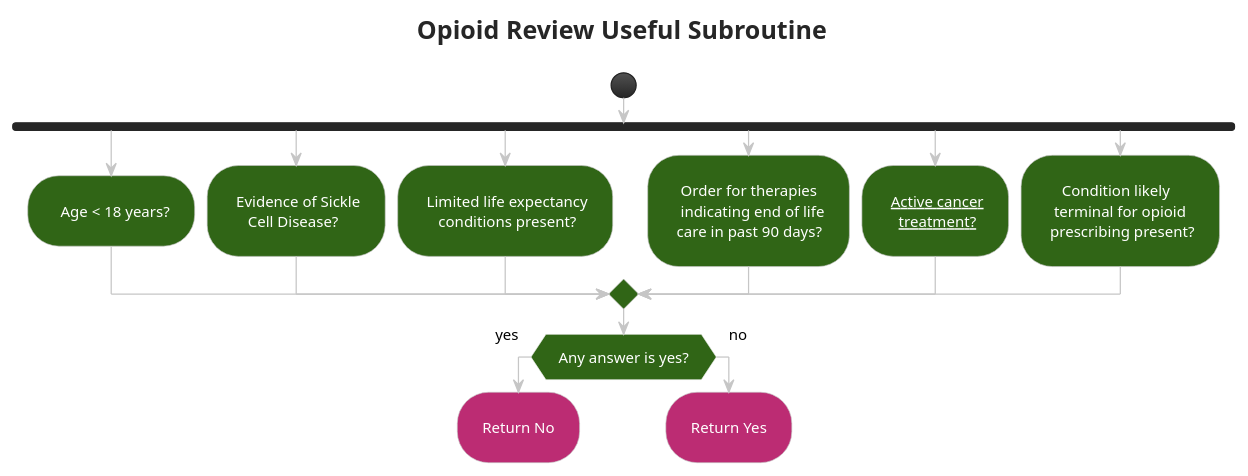
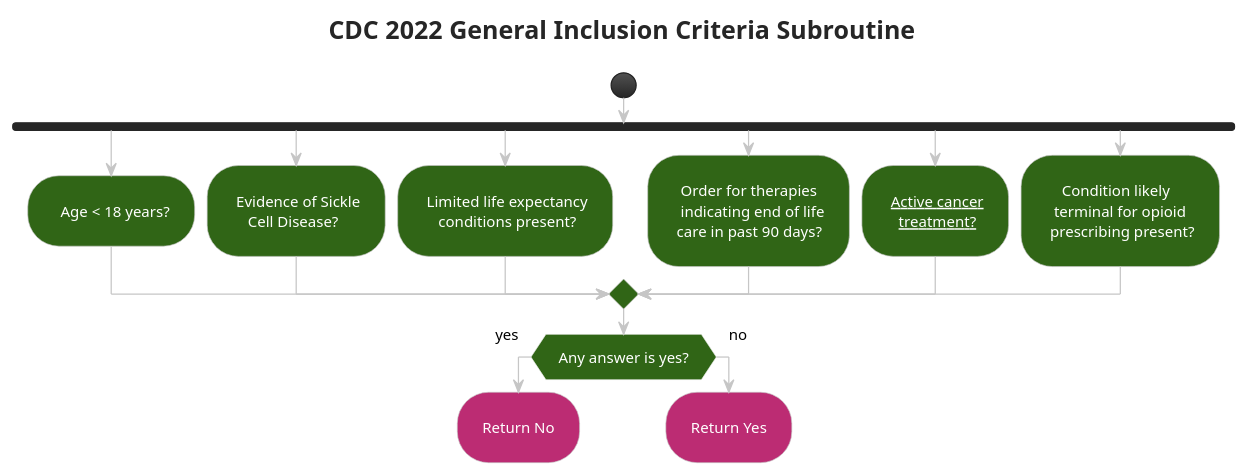
One commit to cqframework/opioid-cds-r4 changed the diagram in input/images-source/subroutine_opioid_review_useful.plantuml. Above: the diagram before and after it, drawn with PlantUML. The commit also changed 87 other files, not shown here.

```diff
--- a/input/images-source/subroutine_opioid_review_useful.plantuml
+++ b/input/images-source/subroutine_opioid_review_useful.plantuml
@@ -1,39 +1,39 @@
 @startuml subroutine_opioid_review_useful
 !theme carbon-gray
 skinparam hyperlinkColor white
 skinparam ActivityBackgroundColor #306516
 skinparam ranksep 50
 <style>
 activityDiagram {
  FontColor white
  RoundCorner 50
  arrow {
   FontColor: Black
  }
  diamond {
   BackgroundColor #306516
  }
 }
 </style>
-title Opioid Review Useful Subroutine
+title CDC 2022 General Inclusion Criteria Subroutine
 start
 fork
 :  Age < 18 years?;
 fork again
 : Evidence of Sickle\n    Cell Disease?;
 fork again
 : Limited life expectancy\n    conditions present?;
 fork again
 :  Order for therapies\n  indicating end of life\n care in past 90 days?;
 fork again
 : [[subroutines.html#active-cancer-treatment Active cancer\n  treatment?]];
 fork again
 :    Condition likely\n  terminal for opioid\n prescribing present?;
 end merge
 if (Any answer is yes?) then (yes)
 #BC2C73:Return No;
 kill
 else (no)
 #BC2C73:Return Yes;
 kill
 @enduml
```
